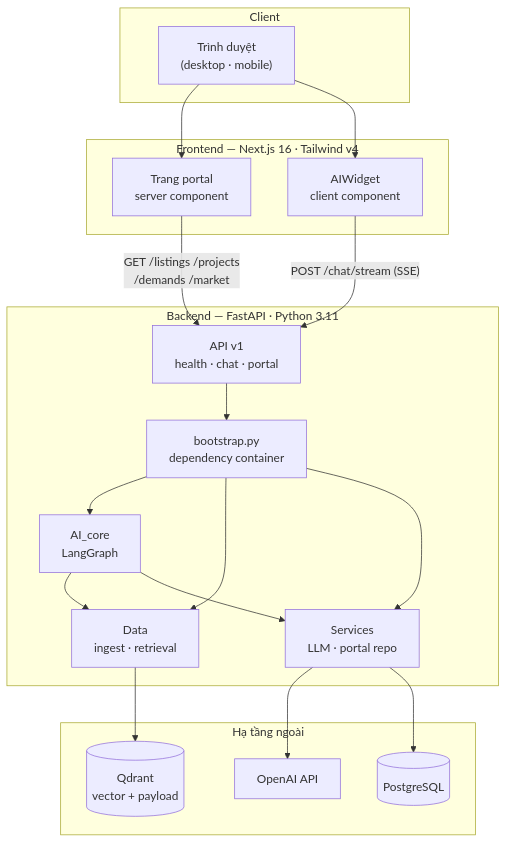
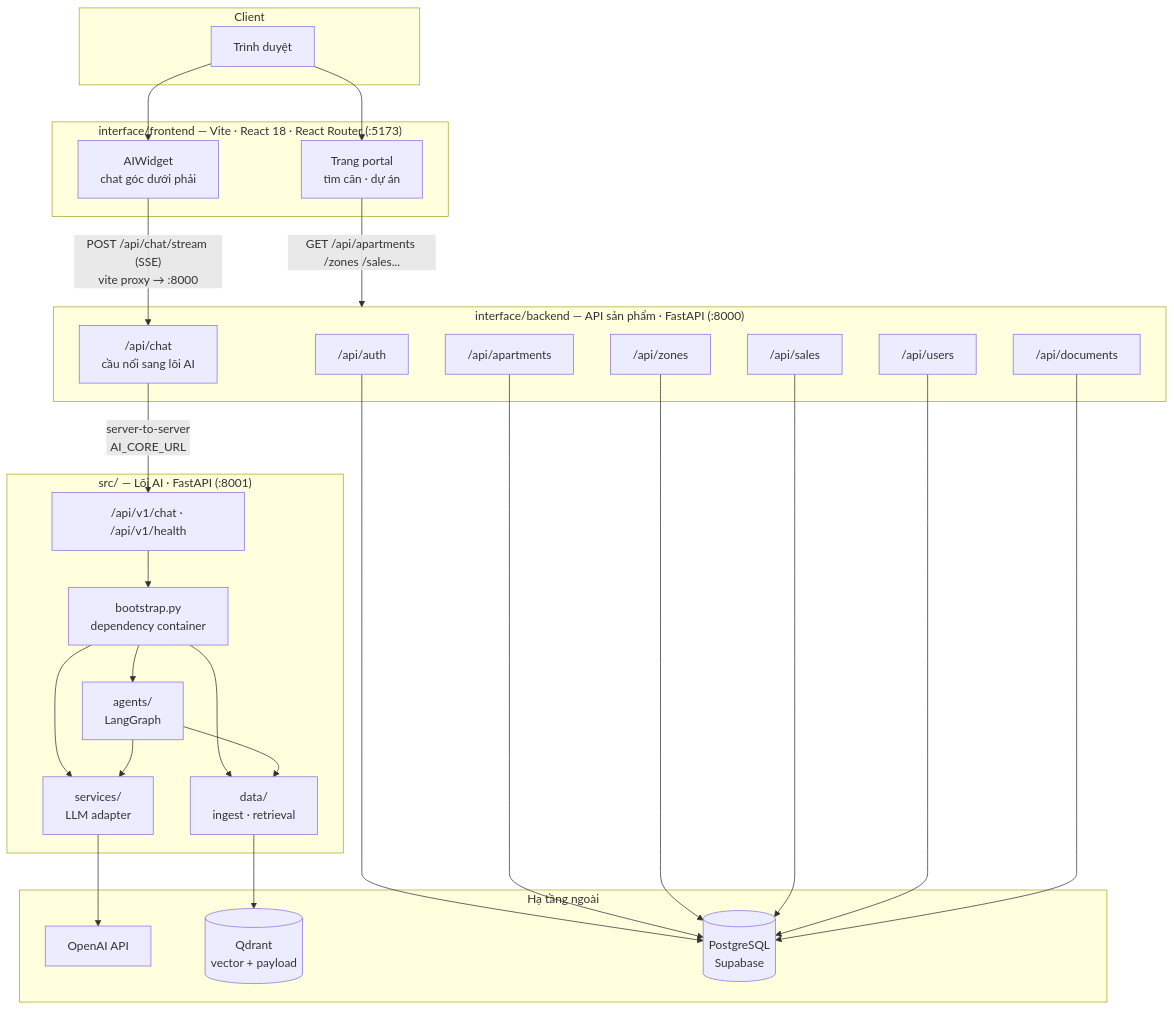
Before and after one commit to DQHuyyyyy/Sale_mate: the first of 5 diagrams in docs/architecture_diagram.md, drawn with Mermaid. The commit also changed other lines of this file and 4 other files, not shown here.

````diff
--- a/docs/architecture_diagram.md
+++ b/docs/architecture_diagram.md
@@ -5,39 +9,55 @@
 ```mermaid
 graph TB
     subgraph Client["Client"]
-        Browser["Trình duyệt<br/>(desktop · mobile)"]
+        Browser["Trình duyệt"]
     end
 
-    subgraph FE["Frontend — Next.js 16 · Tailwind v4"]
-        Portal["Trang portal<br/>server component"]
-        Widget["AIWidget<br/>client component"]
+    subgraph FE["interface/frontend — Vite · React 18 · React Router (:5173)"]
+        Portal["Trang portal<br/>tìm căn · dự án"]
+        Widget["AIWidget<br/>chat góc dưới phải"]
     end
 
-    subgraph BE["Backend — FastAPI · Python 3.11"]
-        API["API v1<br/>health · chat · portal"]
+    subgraph API["interface/backend — API sản phẩm · FastAPI (:8000)"]
+        Auth["/api/auth"]
+        Apt["/api/apartments"]
+        Zones["/api/zones"]
+        Sales["/api/sales"]
+        Users["/api/users"]
+        Docs["/api/documents"]
+        ChatBridge["/api/chat<br/>cầu nối sang lõi AI"]
+    end
+
+    subgraph AICore["src/ — Lõi AI · FastAPI (:8001)"]
+        V1["/api/v1/chat · /api/v1/health"]
         Boot["bootstrap.py<br/>dependency container"]
-        Agent["AI_core<br/>LangGraph"]
-        Data["Data<br/>ingest · retrieval"]
-        Svc["Services<br/>LLM · portal repo"]
+        Agent["agents/<br/>LangGraph"]
+        Data["data/<br/>ingest · retrieval"]
+        Svc["services/<br/>LLM adapter"]
     end
 
     subgraph Ext["Hạ tầng ngoài"]
         OpenAI["OpenAI API"]
         Qdrant[("Qdrant<br/>vector + payload")]
-        PG[("PostgreSQL")]
+        PG[("PostgreSQL<br/>Supabase")]
     end
 
     Browser --> Portal
     Browser --> Widget
-    Portal -->|"GET /listings /projects<br/>/demands /market"| API
-    Widget -->|"POST /chat/stream (SSE)"| API
-    API --> Boot
+    Portal -->|"GET /api/apartments /zones /sales..."| API
+    Widget -->|"POST /api/chat/stream (SSE)<br/>vite proxy → :8000"| ChatBridge
+    ChatBridge -->|"server-to-server<br/>AI_CORE_URL"| V1
+    Auth --> PG
+    Apt --> PG
+    Zones --> PG
+    Sales --> PG
+    Users --> PG
+    Docs --> PG
+    V1 --> Boot
     Boot --> Agent
     Boot --> Data
     Boot --> Svc
     Agent --> Data
     Agent --> Svc
     Svc --> OpenAI
     Data --> Qdrant
-    Svc --> PG
 ```
````
